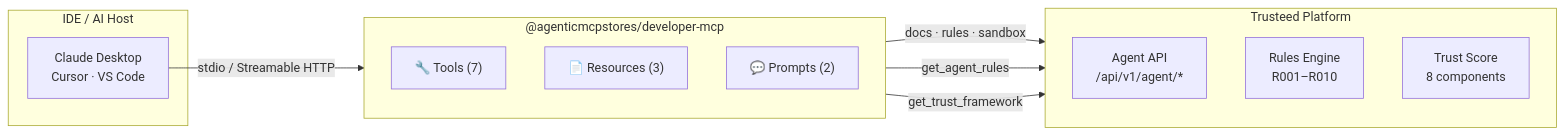
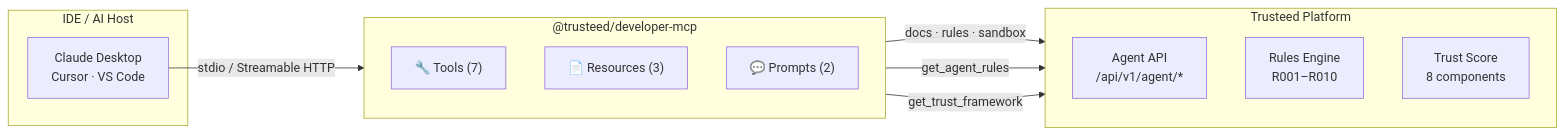
Before and after one commit to Trusteedxyz/trusteed-developer-mcp: the first of 3 diagrams in README.md, drawn with Mermaid. The commit also changed other lines of this file and 12 other files, not shown here.

First line of the commit message:
refactor: rename agenticmcpstores → trusteed throughout

````diff
--- a/README.md
+++ b/README.md
@@ -63,25 +63,25 @@
 ```mermaid
 flowchart LR
     subgraph IDE["IDE / AI Host"]
         CD["Claude Desktop\nCursor · VS Code"]
     end
 
-    subgraph MCP["@agenticmcpstores/developer-mcp"]
+    subgraph MCP["@trusteed/developer-mcp"]
         direction TB
         T1["🔧 Tools (7)"]
         R1["📄 Resources (3)"]
         P1["💬 Prompts (2)"]
     end
 
     subgraph API["Trusteed Platform"]
         direction TB
         AG["Agent API\n/api/v1/agent/*"]
         RP["Rules Engine\nR001–R010"]
         TS["Trust Score\n8 components"]
     end
 
     CD -- "stdio / Streamable HTTP" --> MCP
     T1 -- "docs · rules · sandbox" --> AG
     T1 -- "get_agent_rules" --> RP
     T1 -- "get_trust_framework" --> TS
 ```
````
